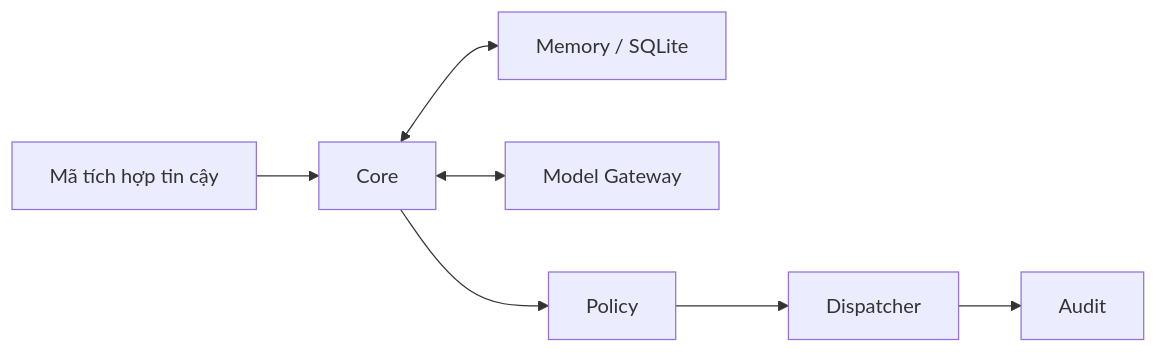
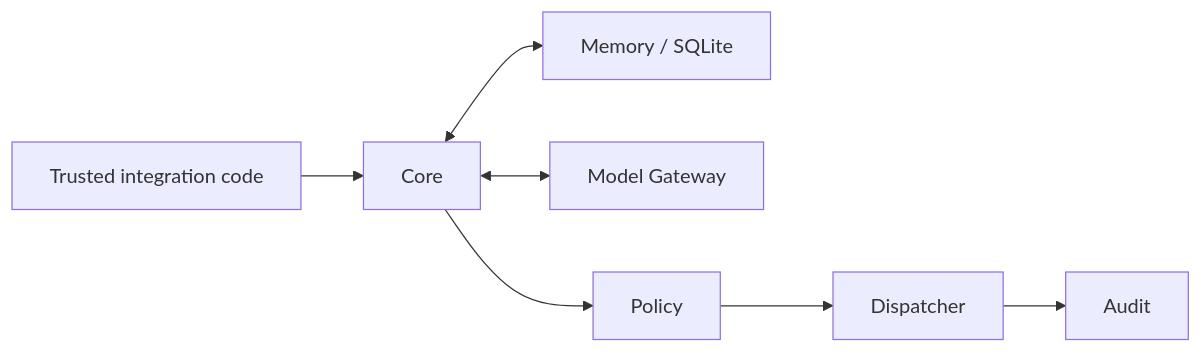
One commit to 93hai/arona changed the diagram in README.md. Above: the diagram before and after it, drawn with Mermaid. The commit also changed other lines of this file and 4 other files, not shown here.

````diff
--- a/README.md
+++ b/README.md
@@ -46,9 +46,9 @@
 ```mermaid
 flowchart LR
-    I["Mã tích hợp tin cậy"] --> C["Core"]
+    I["Trusted integration code"] --> C["Core"]
     C <--> M["Memory / SQLite"]
     C <--> G["Model Gateway"]
     C --> P["Policy"]
     P --> D["Dispatcher"]
     D --> A["Audit"]
 ```
````
